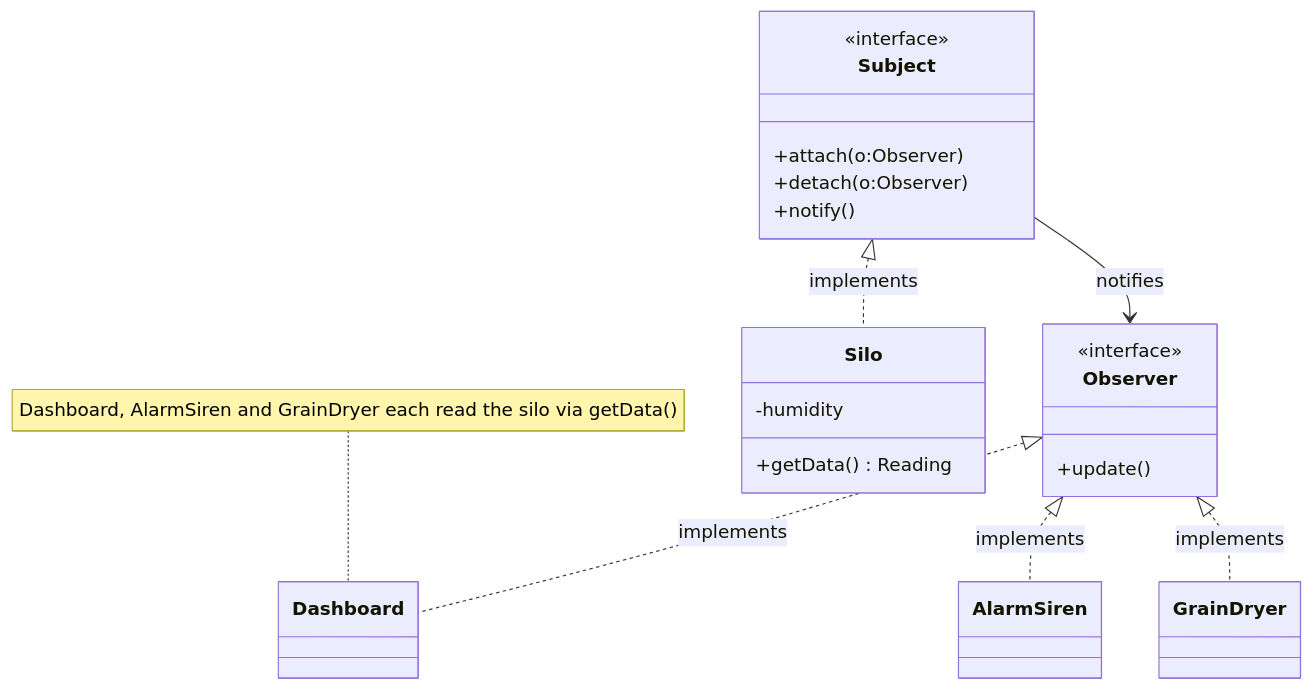
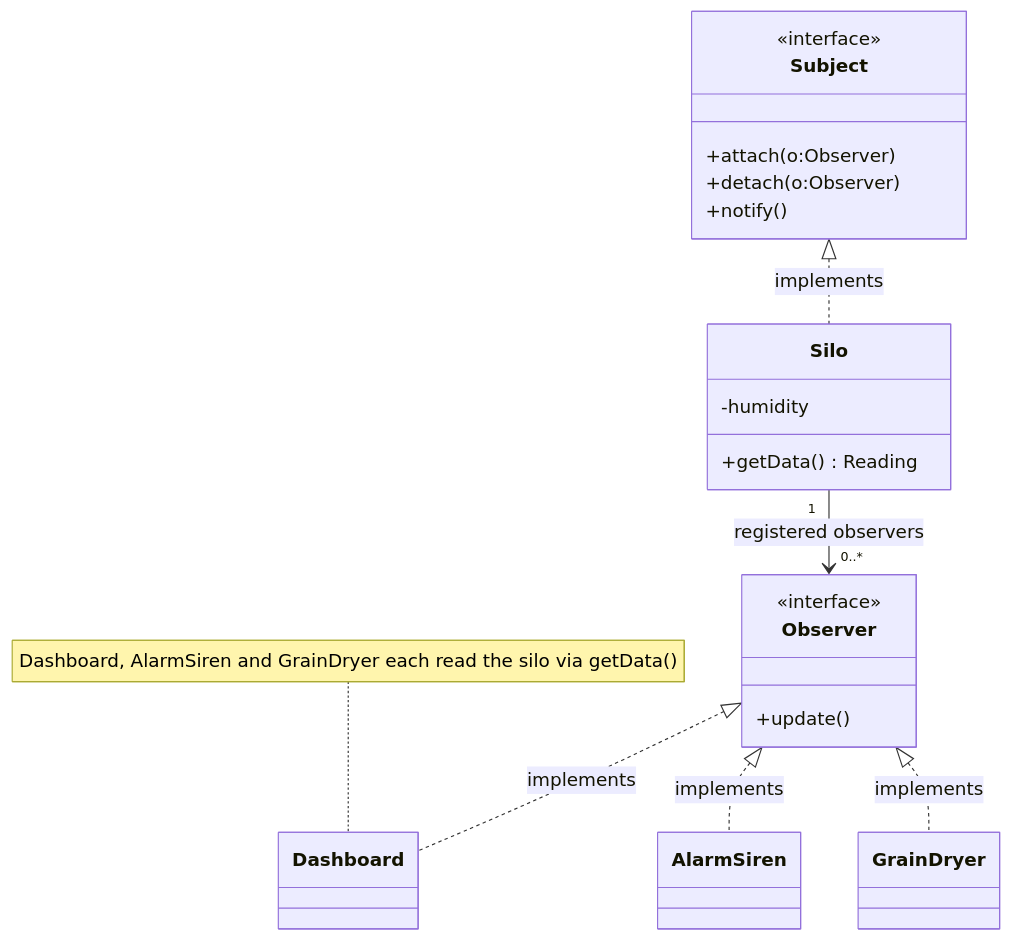
Diagram 35 of 41 in sc2006/SC2006_Study_Guide.md (lekekbot/ntu-cs), drawn with Mermaid before and after one commit. The commit also changed other lines of this file, not shown here.

````diff
--- a/sc2006/SC2006_Study_Guide.md
+++ b/sc2006/SC2006_Study_Guide.md
@@ -2924,26 +3081,26 @@
 ```mermaid
 classDiagram
     class Subject {
         <<interface>>
         +attach(o:Observer)
         +detach(o:Observer)
         +notify()
     }
     class Observer {
         <<interface>>
         +update()
     }
     class Silo {
         -humidity
         +getData() Reading
     }
     class Dashboard
     class AlarmSiren
     class GrainDryer
     Subject <|.. Silo : implements
     Observer <|.. Dashboard : implements
     Observer <|.. AlarmSiren : implements
     Observer <|.. GrainDryer : implements
-    Subject --> Observer : notifies
+    Silo "1" --> "0..*" Observer : registered observers
     note for Dashboard "Dashboard, AlarmSiren and GrainDryer each read the silo via getData()"
 ```
````
